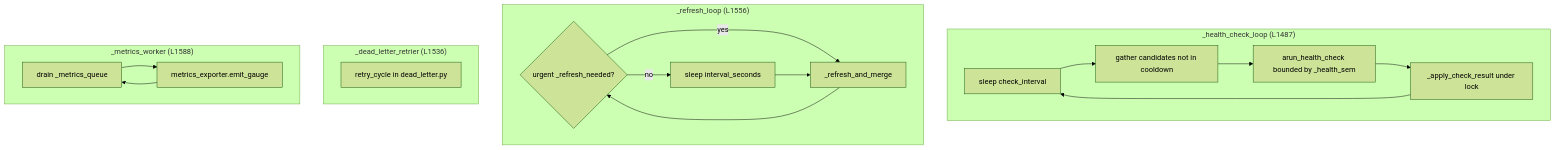
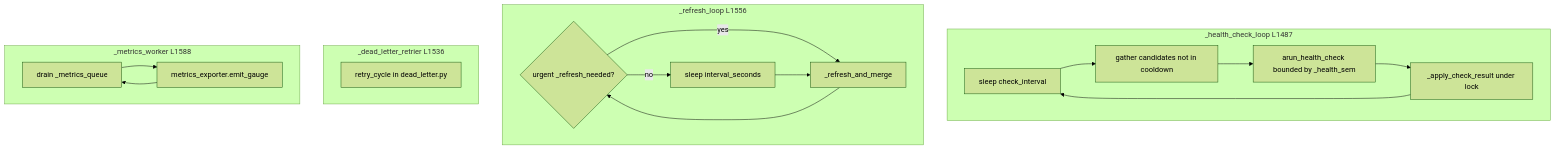
One commit to MFDI-hub/omniproxy changed the sixth of 6 diagrams in docs/for_mine_and_only_my.md. Above: the diagram before and after it, drawn with Mermaid (forest theme). The commit also changed other lines of this file, not shown here.

````diff
--- a/docs/for_mine_and_only_my.md
+++ b/docs/for_mine_and_only_my.md
@@ -340,27 +340,27 @@
 ```mermaid
 flowchart TB
-    subgraph Health["_health_check_loop (L1487)"]
+    subgraph health["_health_check_loop L1487"]
         H1[sleep check_interval]
         H2[gather candidates not in cooldown]
         H3[arun_health_check bounded by _health_sem]
         H4[_apply_check_result under lock]
         H1 --> H2 --> H3 --> H4 --> H1
     end
 
-    subgraph Refresh["_refresh_loop (L1556)"]
+    subgraph refresh["_refresh_loop L1556"]
         R1{urgent _refresh_needed?}
         R1 -->|no| R2[sleep interval_seconds]
         R1 -->|yes| R3[_refresh_and_merge]
         R2 --> R3 --> R1
     end
 
-    subgraph DeadLetter["_dead_letter_retrier (L1536)"]
+    subgraph dead_letter["_dead_letter_retrier L1536"]
         D1[retry_cycle in dead_letter.py]
     end
 
-    subgraph Metrics["_metrics_worker (L1588)"]
+    subgraph metrics["_metrics_worker L1588"]
         M1[drain _metrics_queue]
         M2[metrics_exporter.emit_gauge]
         M1 --> M2 --> M1
     end
 ```
````
